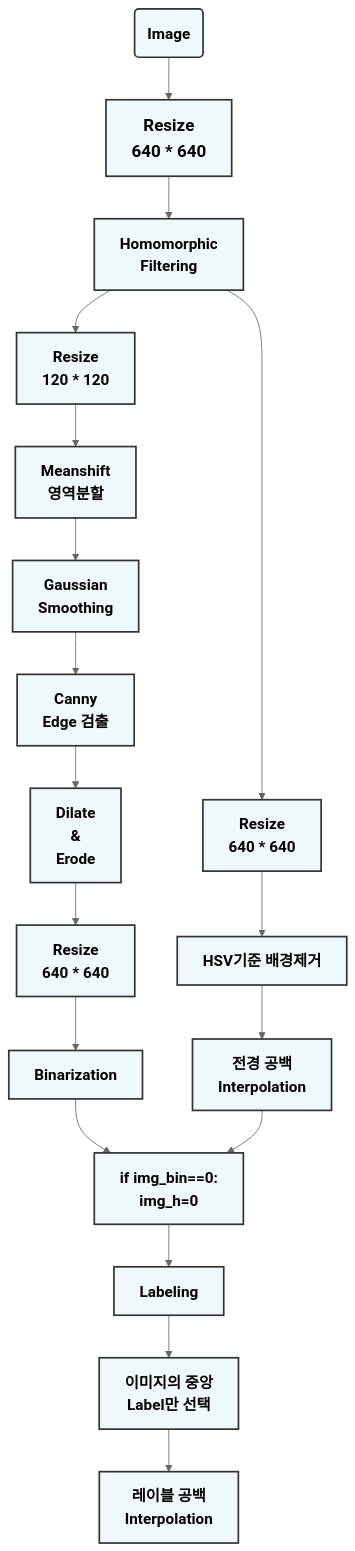
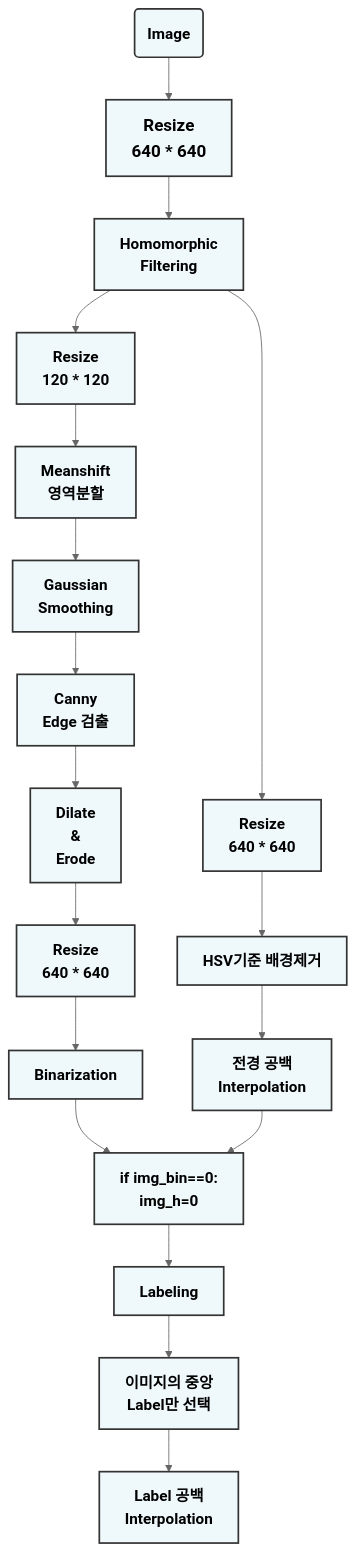
The second of 2 diagrams in Readme.md (201710808/-p), drawn with Mermaid (neutral theme) before and after one commit.

````diff
--- a/Readme.md
+++ b/Readme.md
@@ -13,43 +13,43 @@
 ```mermaid
 graph
 A(<b><span style='font-size:18px'>Image</span></b>)-->B[<b><span style='font-size:20px'>Resize<br>640 * 640</span></b>]
 B-->C[<b><span style='font-size:18px'>Homomorphic<br>Filtering</span></b>]
 C-->D1[<b><span style='font-size:18px'>Resize<br>120 * 120</span></b>]
 D1-->E1[<b><span style='font-size:18px'>Meanshift<br>영역분할</span></b>]
 E1-->F1[<b><span style='font-size:18px'>Gaussian<br>Smoothing</span></b>]
 F1-->G[<b><span style='font-size:18px'>Canny<br>Edge 검출</span></b>]
 G-->H[<b><span style='font-size:18px'>Dilate<br>&<br>Erode</span></b>]
 H-->I[<b><span style='font-size:18px'>Resize<br>640 * 640</span></b>]
 I-->J[<b><span style='font-size:18px'>Binarization</span></b>]
 
 C-->D2[<b><span style='font-size:18px'>Resize<br>640 * 640</span></b>]
 D2-->E2[<b><span style='font-size:18px'>HSV기준 배경제거</span></b>]
 E2-->F2[<b><span style='font-size:18px'>전경 공백<br>Interpolation</span></b>]
 
 J-->K
 F2-->K[<b><span style='font-size:18px'>if img_bin==0:<br>img_h=0</span></b>]
 K-->L[<b><span style='font-size:18px'>Labeling</span></b>]
 L-->M[<b><span style='font-size:18px'>이미지의 중앙<br>Label만 선택</span></b>]
-M-->N[<b><span style='font-size:18px'>레이블 공백<br>Interpolation</span></b>]
+M-->N[<b><span style='font-size:18px'>Label 공백<br>Interpolation</span></b>]
 
 
 style A fill:#EFF8FB ,stroke:#333,stroke-width:2px
 style B fill:#EFF8FB ,stroke:#333,stroke-width:2px
 style C fill:#EFF8FB ,stroke:#333,stroke-width:2px
 style D1 fill:#EFF8FB ,stroke:#333,stroke-width:2px
 style E1 fill:#EFF8FB ,stroke:#333,stroke-width:2px
 style F1 fill:#EFF8FB ,stroke:#333,stroke-width:2px
 style G fill:#EFF8FB ,stroke:#333,stroke-width:2px
 style H fill:#EFF8FB ,stroke:#333,stroke-width:2px
 style I fill:#EFF8FB ,stroke:#333,stroke-width:2px
 style J fill:#EFF8FB ,stroke:#333,stroke-width:2px
 
 style D2 fill:#EFF8FB ,stroke:#333,stroke-width:2px
 style E2 fill:#EFF8FB ,stroke:#333,stroke-width:2px
 style F2 fill:#EFF8FB ,stroke:#333,stroke-width:2px
 
 style K fill:#EFF8FB ,stroke:#333,stroke-width:2px
 style L fill:#EFF8FB ,stroke:#333,stroke-width:2px
 style M fill:#EFF8FB ,stroke:#333,stroke-width:2px
 style N fill:#EFF8FB ,stroke:#333,stroke-width:2px
 ```
````
